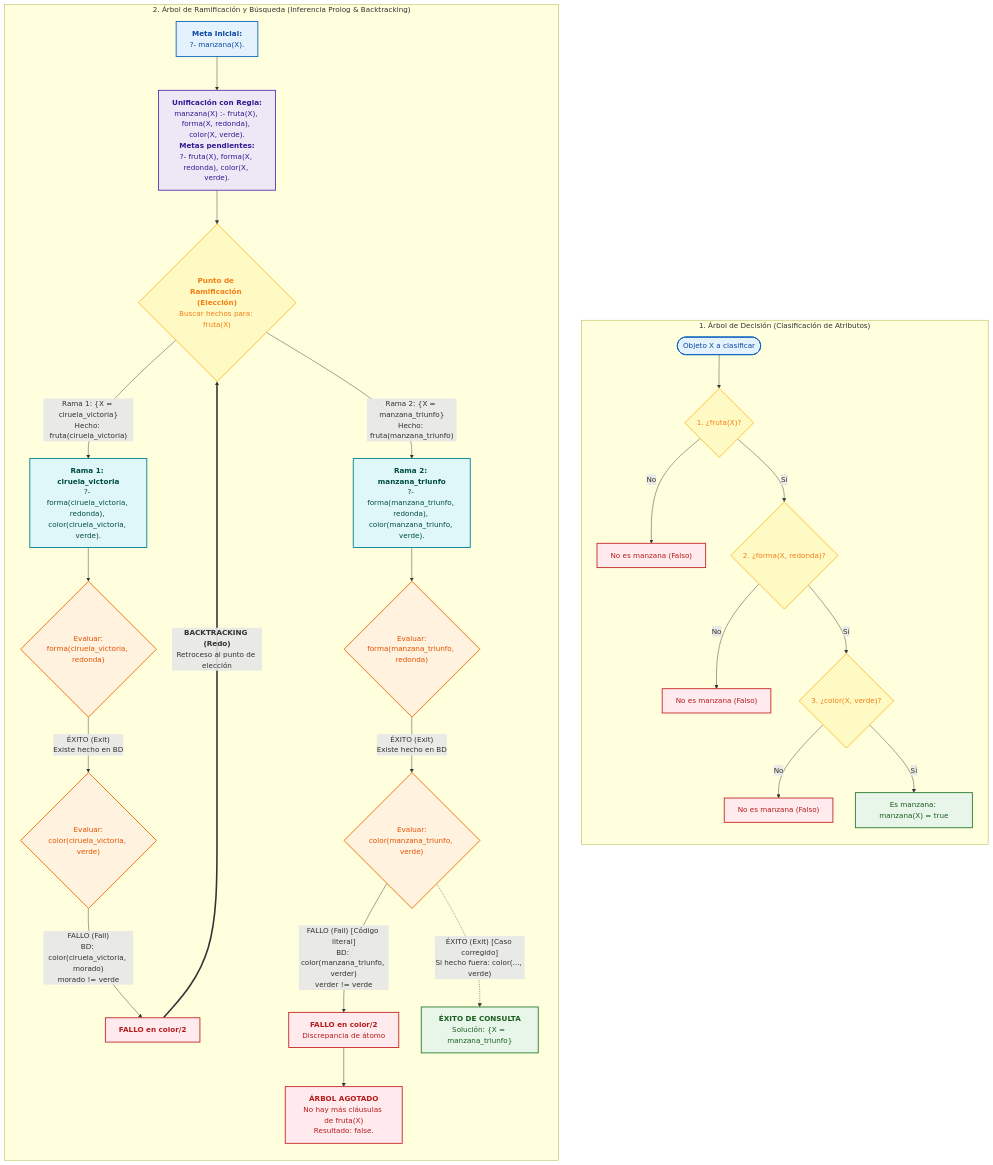
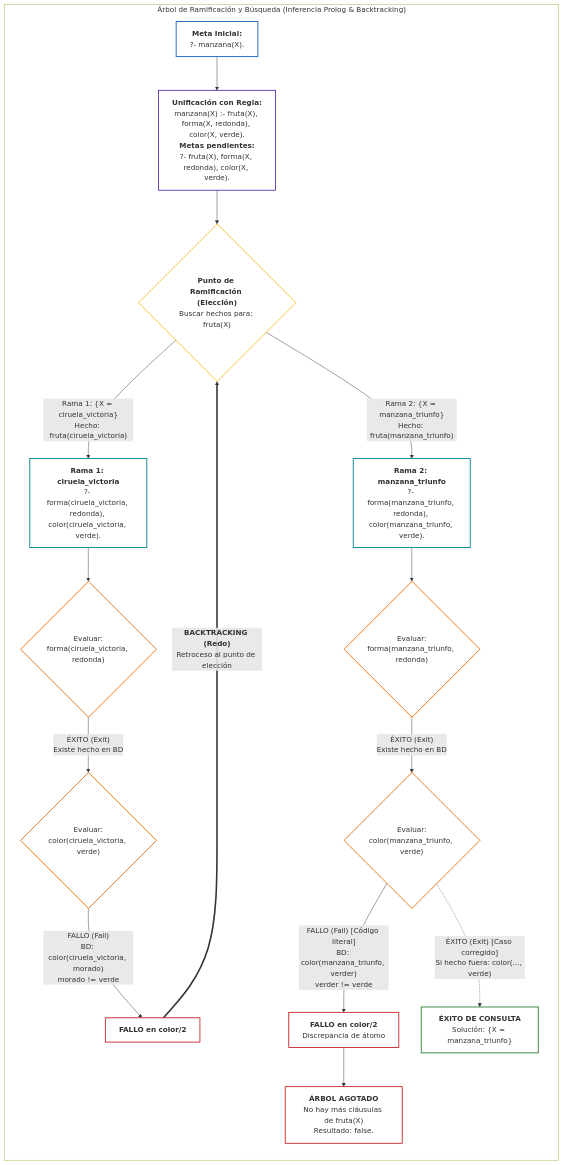
One commit to yaelrdf/Fundamentos_IA_UPIICSA changed the diagram in Extras/Frutas.mmd. Above: the diagram before and after it, drawn with Mermaid.

Commit message:
Diagraming preview

```diff
--- a/Extras/Frutas.mmd
+++ b/Extras/Frutas.mmd
@@ -1,60 +1,46 @@
 flowchart TD
-    %% ==========================================
-    %% 1. ÁRBOL DE DECISIÓN (CLASIFICACIÓN)
-    %% ==========================================
-    subgraph DecisionTree ["1. Árbol de Decisión (Clasificación de Atributos)"]
-        direction TB
-        Start(["Objeto X a clasificar"]) --> D1{"1. ¿fruta(X)?"}
-        D1 -- "No" --> R1["No es manzana (Falso)"]
-        D1 -- "Sí" --> D2{"2. ¿forma(X, redonda)?"}
-        D2 -- "No" --> R2["No es manzana (Falso)"]
-        D2 -- "Sí" --> D3{"3. ¿color(X, verde)?"}
-        D3 -- "No" --> R3["No es manzana (Falso)"]
-        D3 -- "Sí" --> R4["Es manzana: manzana(X) = true"]
-    end
-
-    %% ==========================================
-    %% 2. ÁRBOL DE RAMIFICACIÓN Y RESOLUCIÓN SLD
-    %% ==========================================
-    subgraph SLDTree ["2. Árbol de Ramificación y Búsqueda (Inferencia Prolog & Backtracking)"]
+    %% ÁRBOL DE RAMIFICACIÓN Y RESOLUCIÓN SLD
+    subgraph SLDTree ["Árbol de Ramificación y Búsqueda (Inferencia Prolog & Backtracking)"]
         direction TB
         Root["<b>Meta Inicial:</b><br/>?- manzana(X)."] --> Regla["<b>Unificación con Regla:</b><br/>manzana(X) :- fruta(X), forma(X, redonda), color(X, verde).<br/><b>Metas pendientes:</b><br/>?- fruta(X), forma(X, redonda), color(X, verde)."]
         
         Regla --> Choice{"<b>Punto de Ramificación (Elección)</b><br/>Buscar hechos para: fruta(X)"}
 
         %% Rama 1: ciruela_victoria
         Choice -->|"Rama 1: {X = ciruela_victoria}<br/>Hecho: fruta(ciruela_victoria)"| B1["<b>Rama 1: ciruela_victoria</b><br/>?- forma(ciruela_victoria, redonda), color(ciruela_victoria, verde)."]
         B1 --> B1_Forma{"Evaluar:<br/>forma(ciruela_victoria, redonda)"}
         B1_Forma -->|"ÉXITO (Exit)<br/>Existe hecho en BD"| B1_Color{"Evaluar:<br/>color(ciruela_victoria, verde)"}
         B1_Color -->|"FALLO (Fail)<br/>BD: color(ciruela_victoria, morado)<br/>morado != verde"| B1_Fail["<b>FALLO en color/2</b>"]
 
         %% Backtracking
         B1_Fail ==>|"<b>BACKTRACKING (Redo)</b><br/>Retroceso al punto de elección"| Choice
 
         %% Rama 2: manzana_triunfo
         Choice -->|"Rama 2: {X = manzana_triunfo}<br/>Hecho: fruta(manzana_triunfo)"| B2["<b>Rama 2: manzana_triunfo</b><br/>?- forma(manzana_triunfo, redonda), color(manzana_triunfo, verde)."]
         B2 --> B2_Forma{"Evaluar:<br/>forma(manzana_triunfo, redonda)"}
         B2_Forma -->|"ÉXITO (Exit)<br/>Existe hecho en BD"| B2_Color{"Evaluar:<br/>color(manzana_triunfo, verde)"}
         
         %% Caso literal vs corregido
         B2_Color -->|"FALLO (Fail) [Código literal]<br/>BD: color(manzana_triunfo, verder)<br/>verder != verde"| B2_Fail["<b>FALLO en color/2</b><br/>Discrepancia de átomo"]
         B2_Color -.->|"ÉXITO (Exit) [Caso corregido]<br/>Si hecho fuera: color(..., verde)"| B2_Success["<b>ÉXITO DE CONSULTA</b><br/>Solución: {X = manzana_triunfo}"]
 
         B2_Fail --> EndFail["<b>ÁRBOL AGOTADO</b><br/>No hay más cláusulas de fruta(X)<br/>Resultado: false."]
     end
 
-    classDef rootNode fill:#E3F2FD,stroke:#1565C0,stroke-width:2px,color:#0D47A1;
-    classDef ruleNode fill:#EDE7F6,stroke:#5E35B1,stroke-width:2px,color:#311B92;
-    classDef choiceNode fill:#FFF9C4,stroke:#FBC02D,stroke-width:2px,color:#F57F17;
-    classDef branch fill:#E0F7FA,stroke:#00838F,stroke-width:2px,color:#004D40;
-    classDef eval fill:#FFF3E0,stroke:#EF6C00,stroke-width:2px,color:#E65100;
-    classDef failNode fill:#FFEBEE,stroke:#C62828,stroke-width:2px,color:#B71C1C;
-    classDef successNode fill:#E8F5E9,stroke:#2E7D32,stroke-width:2px,color:#1B5E20;
+    style SLDTree fill:none
 
-    class Start,Root rootNode;
+    classDef rootNode fill:none,stroke:#1565C0,stroke-width:2px;
+    classDef ruleNode fill:none,stroke:#5E35B1,stroke-width:2px;
+    classDef choiceNode fill:none,stroke:#FBC02D,stroke-width:2px;
+    classDef branch fill:none,stroke:#00838F,stroke-width:2px;
+    classDef eval fill:none,stroke:#EF6C00,stroke-width:2px;
+    classDef failNode fill:none,stroke:#C62828,stroke-width:2px;
+    classDef successNode fill:none,stroke:#2E7D32,stroke-width:2px;
+
+    class Root rootNode;
     class Regla ruleNode;
-    class D1,D2,D3,Choice choiceNode;
+    class Choice choiceNode;
     class B1,B2 branch;
     class B1_Forma,B1_Color,B2_Forma,B2_Color eval;
-    class R1,R2,R3,B1_Fail,B2_Fail,EndFail failNode;
-    class R4,B2_Success successNode;
+    class B1_Fail,B2_Fail,EndFail failNode;
+    class B2_Success successNode;
```
